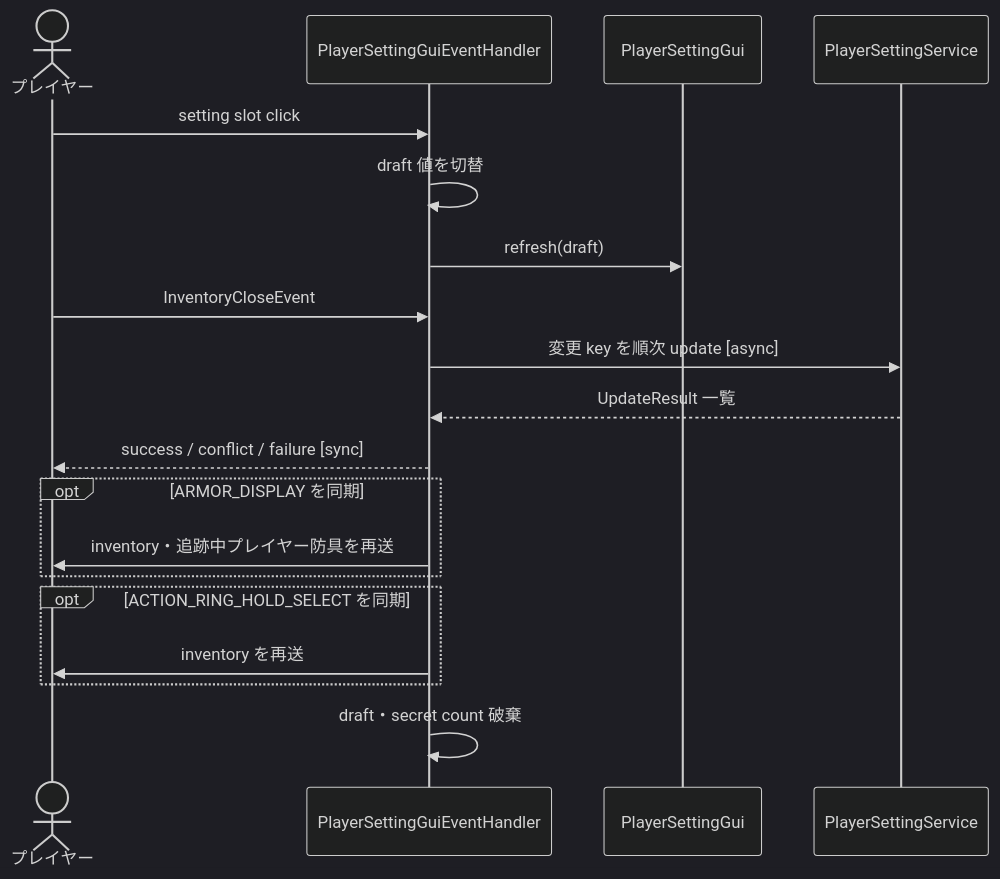
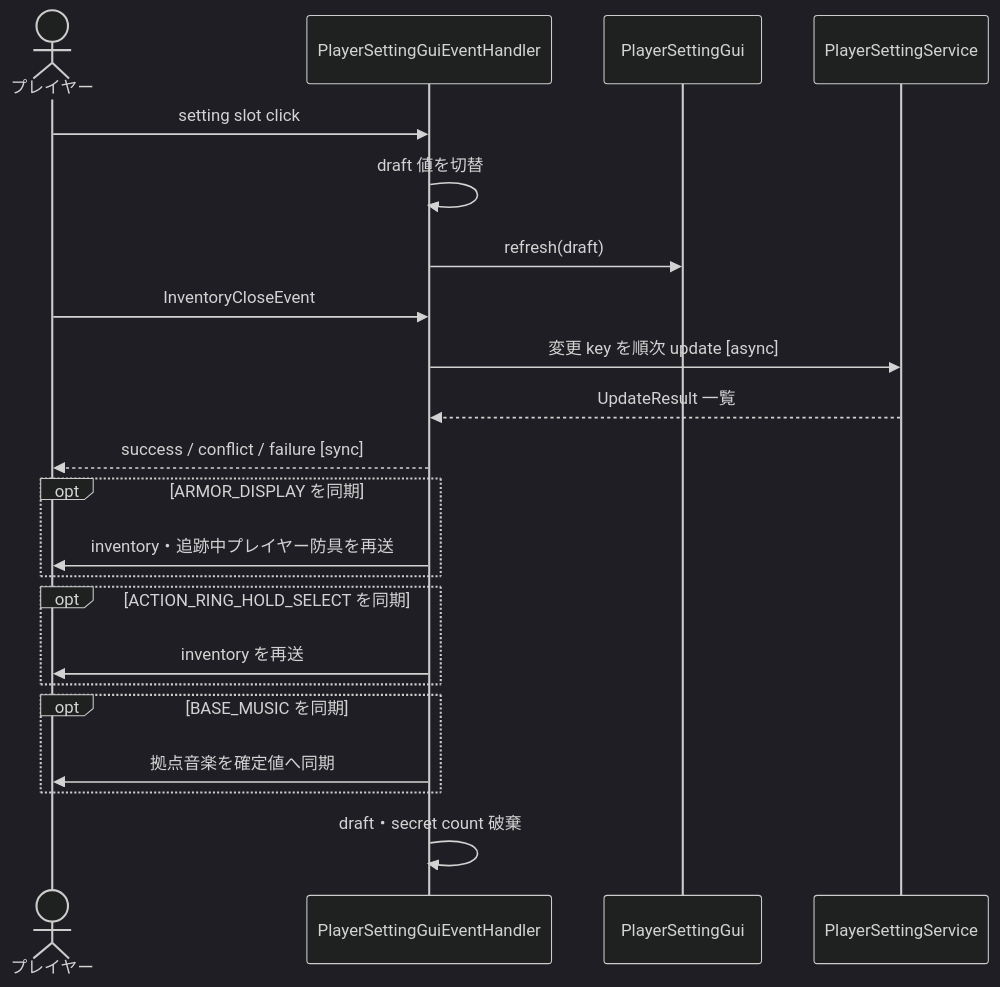
One commit to maaasu/AstralRecord-Workspace changed the third of 3 diagrams in 00_docs/10_Plugin設計書/feature/11-player-setting/11_4-統合フロー.md. Above: the diagram before and after it, drawn with Mermaid (dark theme). The commit also changed other lines of this file and 22 other files, not shown here.

````diff
--- a/00_docs/10_Plugin設計書/feature/11-player-setting/11_4-統合フロー.md
+++ b/00_docs/10_Plugin設計書/feature/11-player-setting/11_4-統合フロー.md
@@ -84,22 +87,25 @@
 ```mermaid
 sequenceDiagram
     actor Player as プレイヤー
     participant Event as PlayerSettingGuiEventHandler
     participant Gui as PlayerSettingGui
     participant Service as PlayerSettingService
 
     Player->>Event: setting slot click
     Event->>Event: draft 値を切替
     Event->>Gui: refresh(draft)
     Player->>Event: InventoryCloseEvent
     Event->>Service: 変更 key を順次 update [async]
     Service-->>Event: UpdateResult 一覧
     Event-->>Player: success / conflict / failure [sync]
     opt ARMOR_DISPLAY を同期
         Event->>Player: inventory・追跡中プレイヤー防具を再送
     end
     opt ACTION_RING_HOLD_SELECT を同期
         Event->>Player: inventory を再送
     end
+    opt BASE_MUSIC を同期
+        Event->>Player: 拠点音楽を確定値へ同期
+    end
     Event->>Event: draft・secret count 破棄
 ```
````
